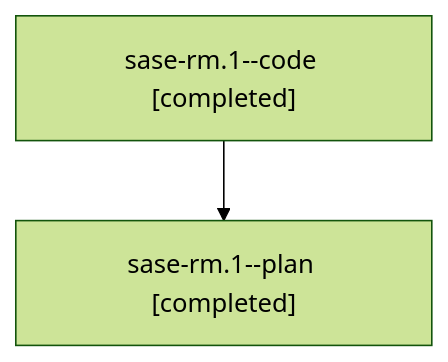
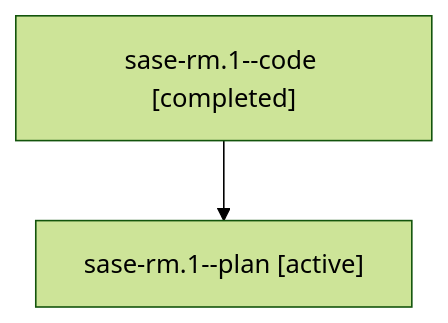
The diagram in families/bbugyi200.athena.sase-rm.1.md (sase-org/sase--agents), drawn with Mermaid (forest theme) before and after one commit. The commit also changed other lines of this file and 35830 other files, not shown here.

````diff
--- a/families/bbugyi200.athena.sase-rm.1.md
+++ b/families/bbugyi200.athena.sase-rm.1.md
@@ -9,6 +9,6 @@
 ```mermaid
 flowchart TD
   n0["sase-rm.1--code [completed]"]
-  n1["sase-rm.1--plan [completed]"]
+  n1["sase-rm.1--plan [active]"]
   n0 --> n1
 ```
````
